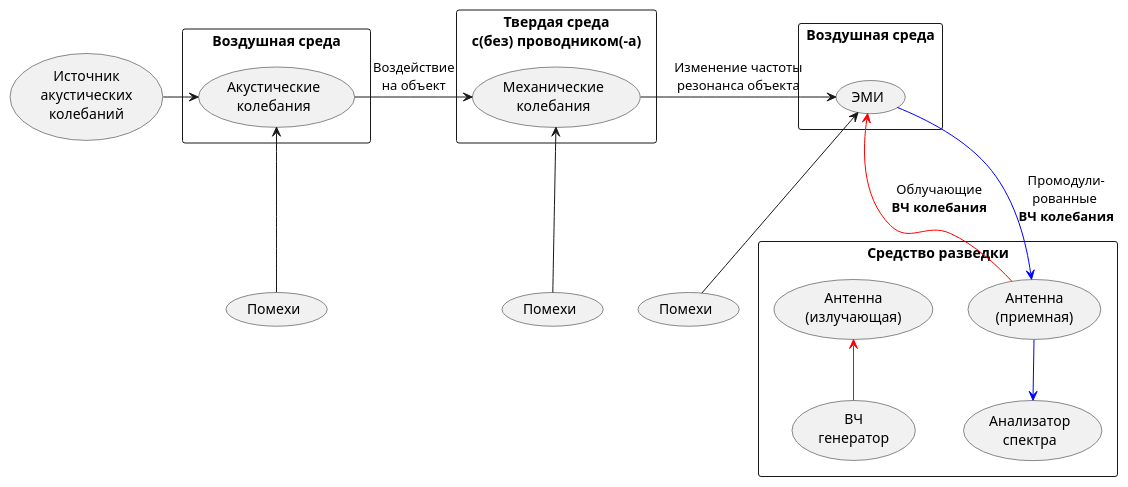
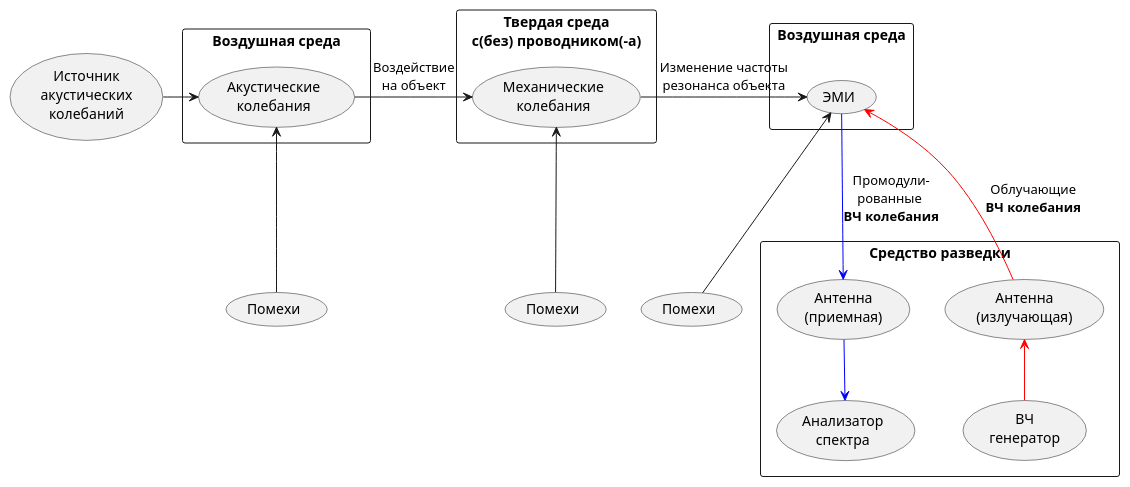
The diagram in Заметки/ВЧО.md (almkuznetsov/bmstu-kb), drawn with PlantUML before and after one commit. The commit also changed 2 other files, not shown here.

Commit message:
#12 редактированы схемы каналов по названиям блоков

````diff
--- a/Заметки/ВЧО.md
+++ b/Заметки/ВЧО.md
@@ -9,31 +9,31 @@
 ```plantuml
 usecase "Источник\nакустических\nколебаний" as Istochnik
 rectangle "Воздушная среда" {
 	usecase "Акустические\nколебания" as AkustKoleb
 	Istochnik -right-> AkustKoleb
 }
 rectangle "Твердая среда\nc(без) проводником(-а)" {
 	usecase "Механические\nколебания" as MechKoleb
 	AkustKoleb -right-> MechKoleb : Воздействие\nна объект
 }
 rectangle "Воздушная среда\n" {
 	usecase "ЭМИ" as Emi
 	MechKoleb -right-> Emi : Изменение частоты\nрезонанса объекта
 }
 rectangle "Средство разведки" {
 	usecase "Анализатор\nспектра" as AS
 	usecase "ВЧ\nгенератор" as Generator
 	usecase "Антенна\n(излучающая)" as AntennaIzl
 	usecase "Антенна\n(приемная)" as AntennaPriem
 	Generator -[#red]up-> AntennaIzl
-	Emi <-[#red]- AntennaPriem : Облучающие\n**ВЧ колебания**
+	Emi <-[#red]- AntennaIzl : Облучающие\n**ВЧ колебания**
 	AS <-[#blue]up- AntennaPriem
 	Emi -[#blue]-> AntennaPriem : Промодули-\nрованные \n**ВЧ колебания**
 }
 usecase "Помехи" as Pomehi1
 Pomehi1 -up-> Emi
 usecase "Помехи" as Pomehi2
 Pomehi2 -up-> MechKoleb
 usecase "Помехи" as Pomehi3
 Pomehi3 -up-> AkustKoleb
 ```
````
